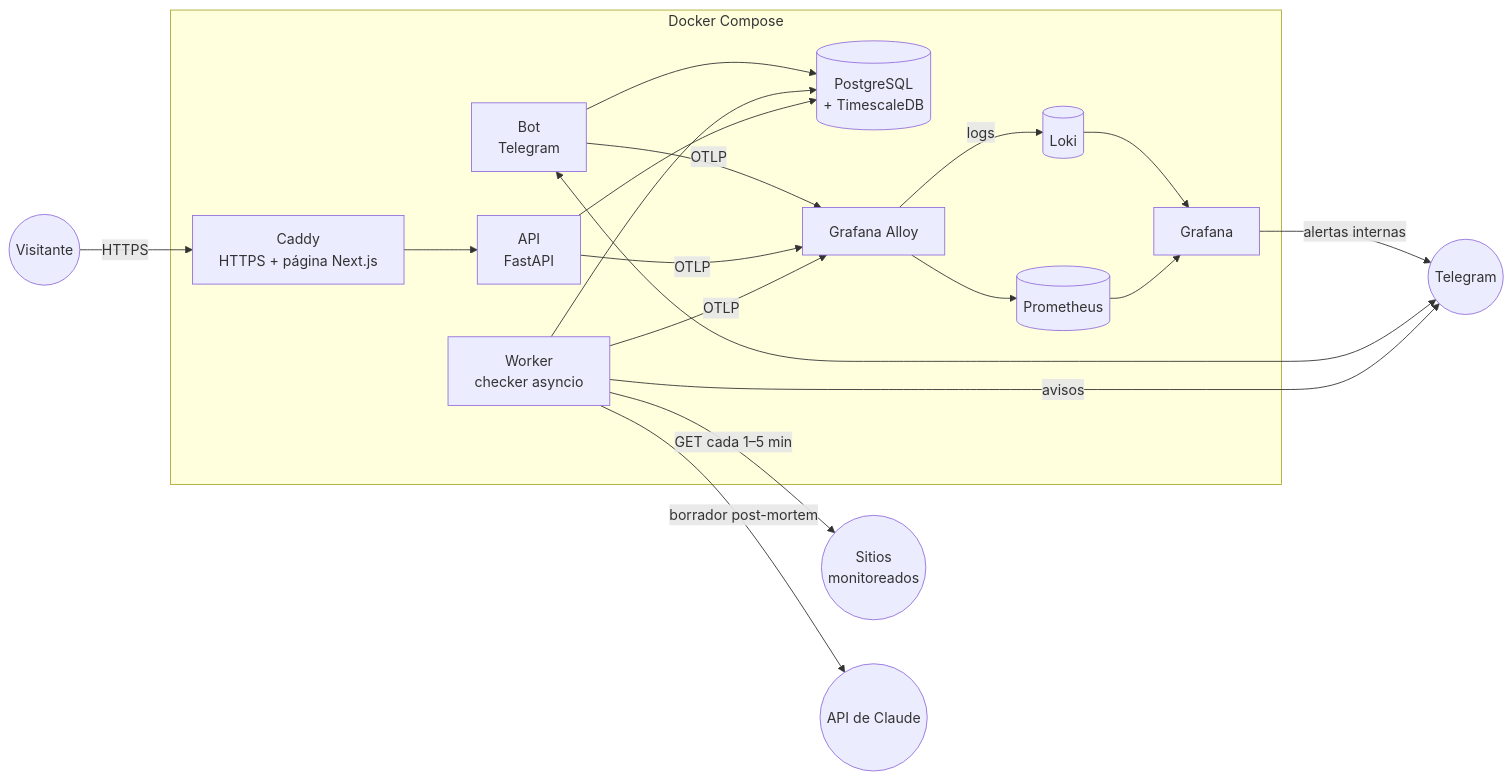
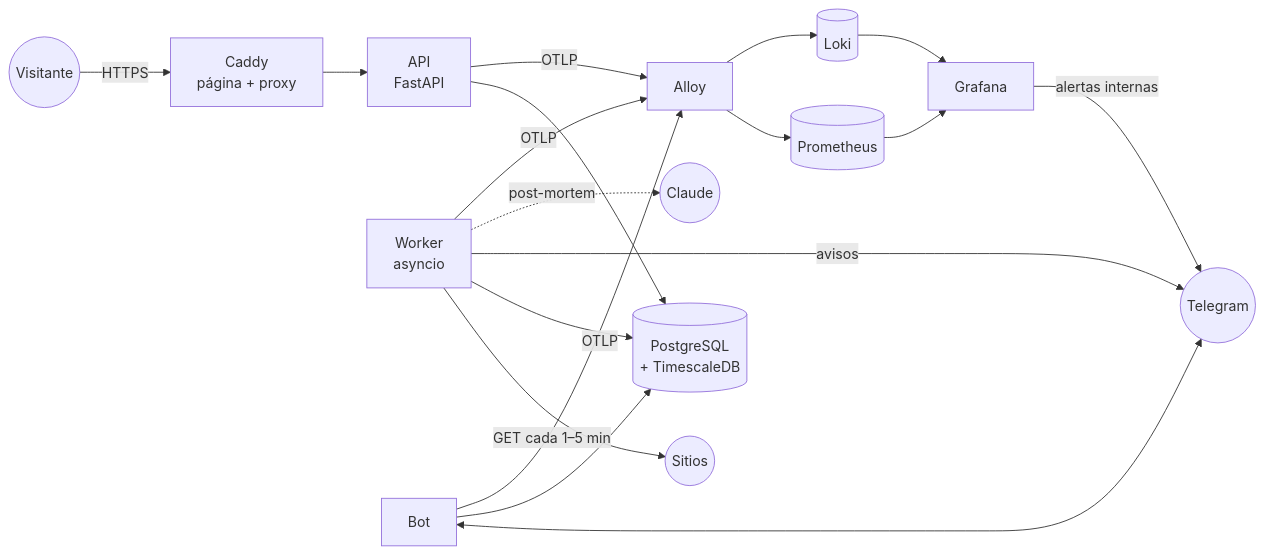
The diagram in README.md (ahmedalonsoi/panastatus), drawn with Mermaid before and after one commit. The commit also changed other lines of this file and 28 other files, not shown here.

````diff
--- a/README.md
+++ b/README.md
@@ -39,24 +93,12 @@
 ```mermaid
 flowchart LR
-    subgraph Servidor["Docker Compose"]
-        caddy["Caddy<br/>HTTPS + página Next.js"]
-        api["API<br/>FastAPI"]
-        worker["Worker<br/>checker asyncio"]
-        bot["Bot<br/>Telegram"]
-        db[("PostgreSQL<br/>+ TimescaleDB")]
-        alloy["Grafana Alloy"]
-        prom[("Prometheus")]
-        loki[("Loki")]
-        grafana["Grafana"]
-    end
-    user(("Visitante")) -->|HTTPS| caddy --> api --> db
-    worker -->|"GET cada 1–5 min"| sites(("Sitios<br/>monitoreados"))
+    user(("Visitante")) -->|HTTPS| caddy["Caddy<br/>página + proxy"] --> api["API<br/>FastAPI"] --> db[("PostgreSQL<br/>+ TimescaleDB")]
+    worker["Worker<br/>asyncio"] -->|"GET cada 1–5 min"| sites(("Sitios"))
     worker --> db
     worker -->|avisos| tg(("Telegram"))
-    bot <--> tg
+    bot["Bot"] <--> tg
     bot --> db
-    worker -->|borrador post-mortem| claude(("API de Claude"))
-    worker & api & bot -->|OTLP| alloy --> prom --> grafana
-    alloy -->|logs| loki --> grafana
+    worker -.->|post-mortem| claude(("Claude"))
+    worker & api & bot -->|OTLP| alloy["Alloy"] --> prom[("Prometheus")] & loki[("Loki")] --> grafana["Grafana"]
     grafana -->|alertas internas| tg
 ```
````
